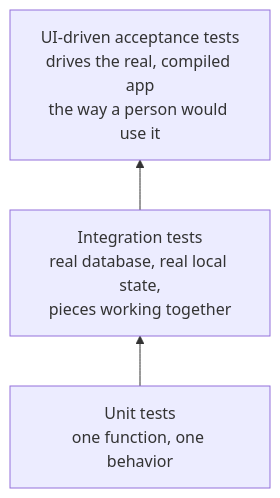
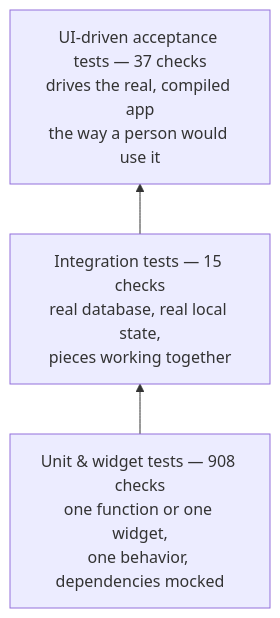
The third of 3 diagrams in pages/blog/00-from-a-weekend-idea-to-a-shipping-product.md (bhoopathyvm-cloud/smaraAccount), drawn with Mermaid before and after one commit. The commit also changed other lines of this file, not shown here.

First line of the commit message:
Reshape the test-stack diagram as a pyramid with real test counts

````diff
--- a/pages/blog/00-from-a-weekend-idea-to-a-shipping-product.md
+++ b/pages/blog/00-from-a-weekend-idea-to-a-shipping-product.md
@@ -169,5 +173,5 @@
 ```mermaid
 flowchart BT
-    A["Unit tests<br/>one function, one behavior"] --> B["Integration tests<br/>real database, real local state,<br/>pieces working together"]
-    B --> C["UI-driven acceptance tests<br/>drives the real, compiled app<br/>the way a person would use it"]
+    A["Unit &amp; widget tests — 908 checks<br/>one function or one widget,<br/>one behavior, dependencies mocked"] --> B["Integration tests — 15 checks<br/>real database, real local state,<br/>pieces working together"]
+    B --> C["UI-driven acceptance tests — 37 checks<br/>drives the real, compiled app<br/>the way a person would use it"]
 ```
````
